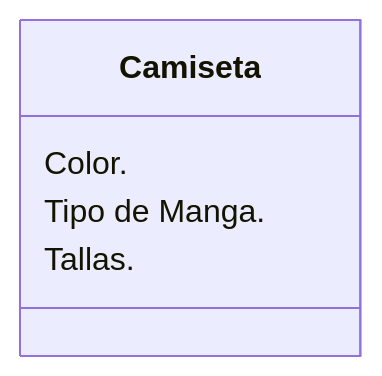
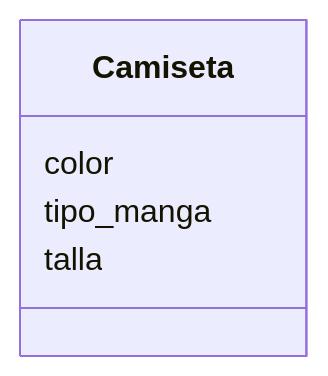
One commit to PatoAparicio/psg-oop-2025 changed the first of 2 diagrams in retos_sesion_01/ejercicio_02.md. Above: the diagram before and after it, drawn with Mermaid. The commit also changed other lines of this file and 2 other files, not shown here.

````diff
--- a/retos_sesion_01/ejercicio_02.md
+++ b/retos_sesion_01/ejercicio_02.md
@@ -52,8 +54,8 @@
 ```mermaid
 classDiagram
 class Camiseta {
-    Color.
-    Tipo de Manga.
-    Tallas.
+    color
+    tipo_manga
+    talla
     }
 ```
````
